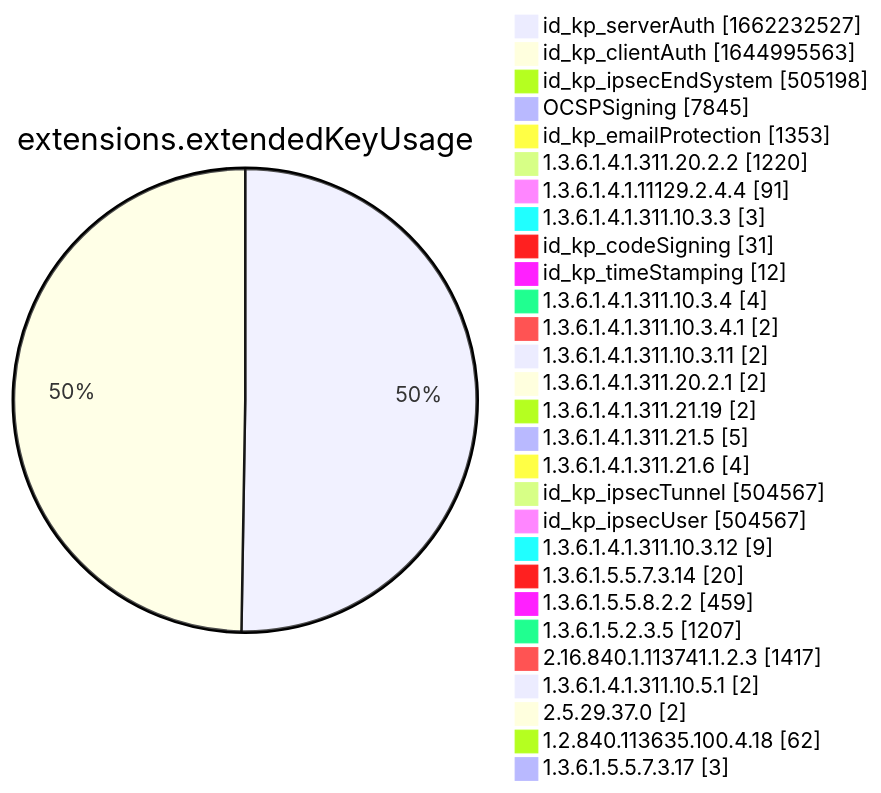
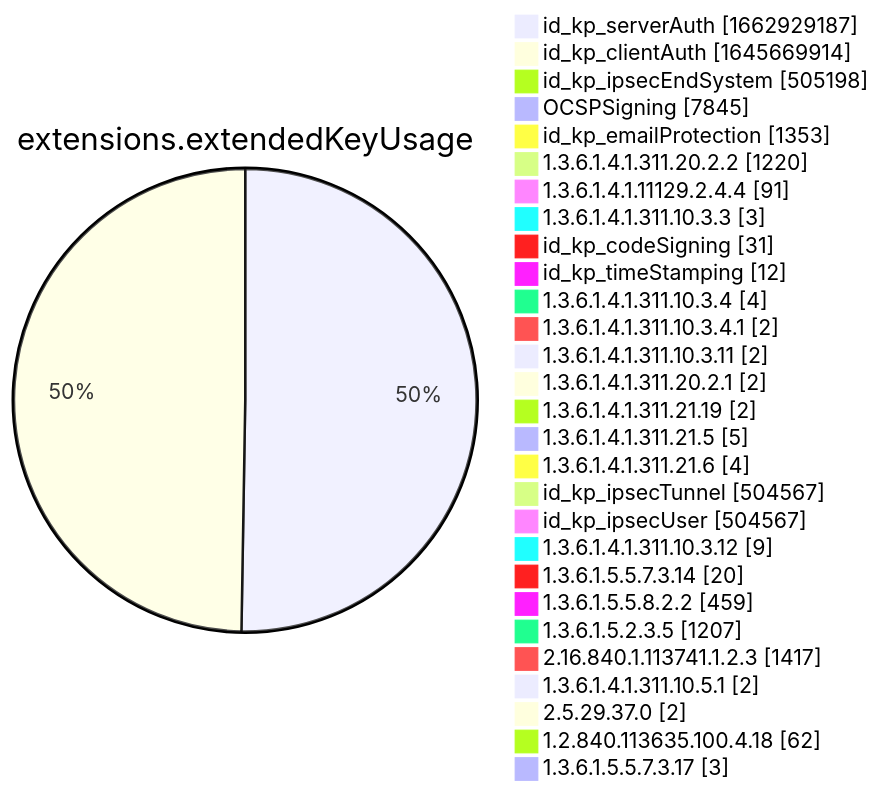
Before and after one commit to christiankrug/ctmonitor_visualization: diagram 12 of 15 in xenon2022/README.md, drawn with Mermaid. The commit also changed other lines of this file, not shown here.

````diff
--- a/xenon2022/README.md
+++ b/xenon2022/README.md
@@ -3887,32 +3887,32 @@
 ```mermaid
 pie showData
 title extensions.extendedKeyUsage
-"id_kp_serverAuth" :1662232527
-"id_kp_clientAuth" :1644995563
+"id_kp_serverAuth" :1662929187
+"id_kp_clientAuth" :1645669914
 "id_kp_ipsecEndSystem" :505198
 "OCSPSigning" :7845
 "id_kp_emailProtection" :1353
 "1.3.6.1.4.1.311.20.2.2" :1220
 "1.3.6.1.4.1.11129.2.4.4" :91
 "1.3.6.1.4.1.311.10.3.3" :3
 "id_kp_codeSigning" :31
 "id_kp_timeStamping" :12
 "1.3.6.1.4.1.311.10.3.4" :4
 "1.3.6.1.4.1.311.10.3.4.1" :2
 "1.3.6.1.4.1.311.10.3.11" :2
 "1.3.6.1.4.1.311.20.2.1" :2
 "1.3.6.1.4.1.311.21.19" :2
 "1.3.6.1.4.1.311.21.5" :5
 "1.3.6.1.4.1.311.21.6" :4
 "id_kp_ipsecTunnel" :504567
 "id_kp_ipsecUser" :504567
 "1.3.6.1.4.1.311.10.3.12" :9
 "1.3.6.1.5.5.7.3.14" :20
 "1.3.6.1.5.5.8.2.2" :459
 "1.3.6.1.5.2.3.5" :1207
 "2.16.840.1.113741.1.2.3" :1417
 "1.3.6.1.4.1.311.10.5.1" :2
 "2.5.29.37.0" :2
 "1.2.840.113635.100.4.18" :62
 "1.3.6.1.5.5.7.3.17" :3
 ```
````
